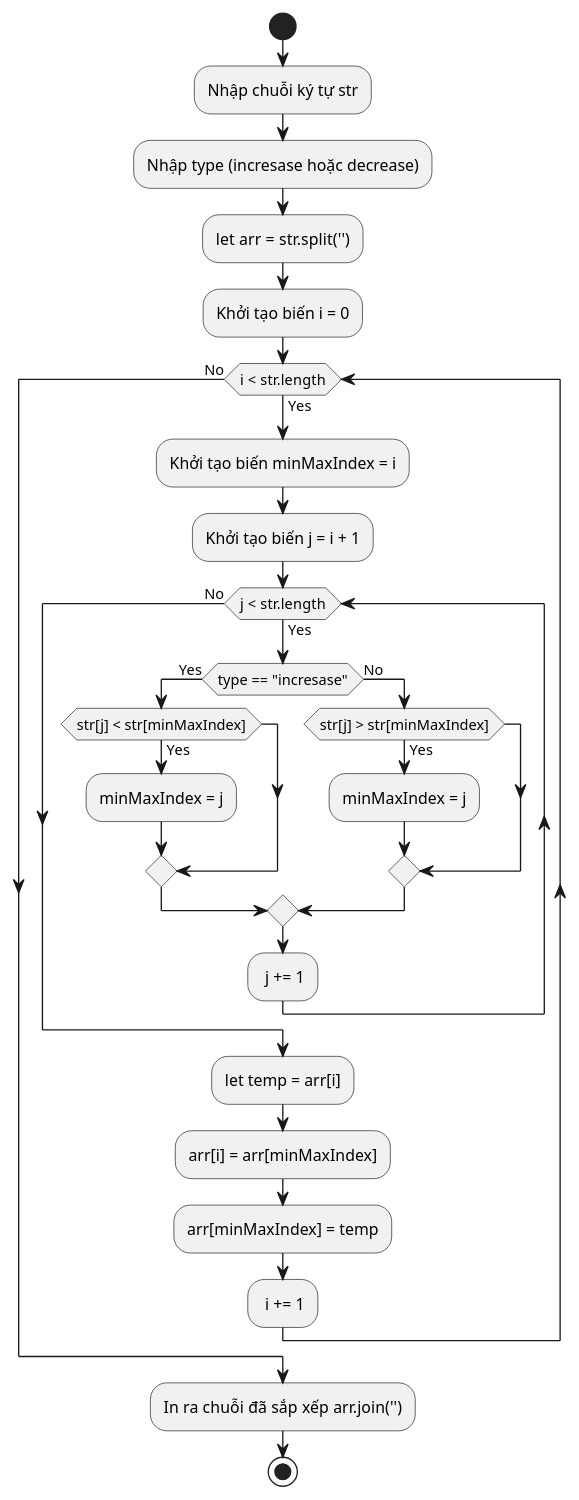
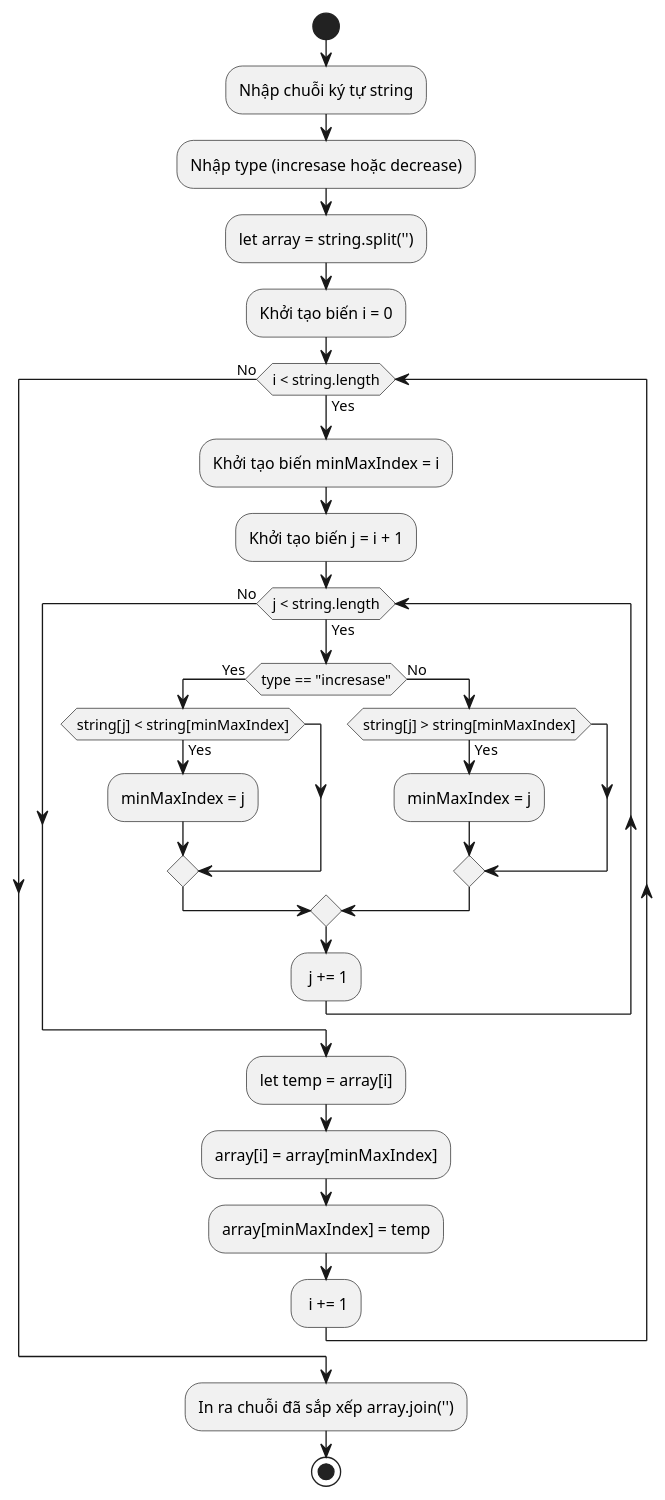
One commit to manhcuongno3/SET-619 changed the diagram in e9/9b.puml. Above: the diagram before and after it, drawn with PlantUML. The commit also changed 13 other files, not shown here.

```diff
--- a/e9/9b.puml
+++ b/e9/9b.puml
@@ -1,29 +1,29 @@
 @startuml 9b
 start
-:Nhập chuỗi ký tự str;
+:Nhập chuỗi ký tự string;
 :Nhập type (incresase hoặc decrease);
-:let arr = str.split('');
+:let array = string.split('');
 :Khởi tạo biến i = 0;
-while (i < str.length) is (Yes)
+while (i < string.length) is (Yes)
     :Khởi tạo biến minMaxIndex = i;
     :Khởi tạo biến j = i + 1;
-    while (j < str.length) is (Yes)
+    while (j < string.length) is (Yes)
         if (type == "incresase") then (Yes)
-            if (str[j] < str[minMaxIndex]) then (Yes)
+            if (string[j] < string[minMaxIndex]) then (Yes)
                 :minMaxIndex = j;
             endif
         else (No)
-            if (str[j] > str[minMaxIndex]) then (Yes)
+            if (string[j] > string[minMaxIndex]) then (Yes)
                 :minMaxIndex = j;
             endif
         endif
         : j += 1;
     endwhile (No)
-    :let temp = arr[i];
-    :arr[i] = arr[minMaxIndex];
-    :arr[minMaxIndex] = temp;
+    :let temp = array[i];
+    :array[i] = array[minMaxIndex];
+    :array[minMaxIndex] = temp;
     : i += 1;
 endwhile (No)
-:In ra chuỗi đã sắp xếp arr.join('');
+:In ra chuỗi đã sắp xếp array.join('');
 stop
 @enduml
```
